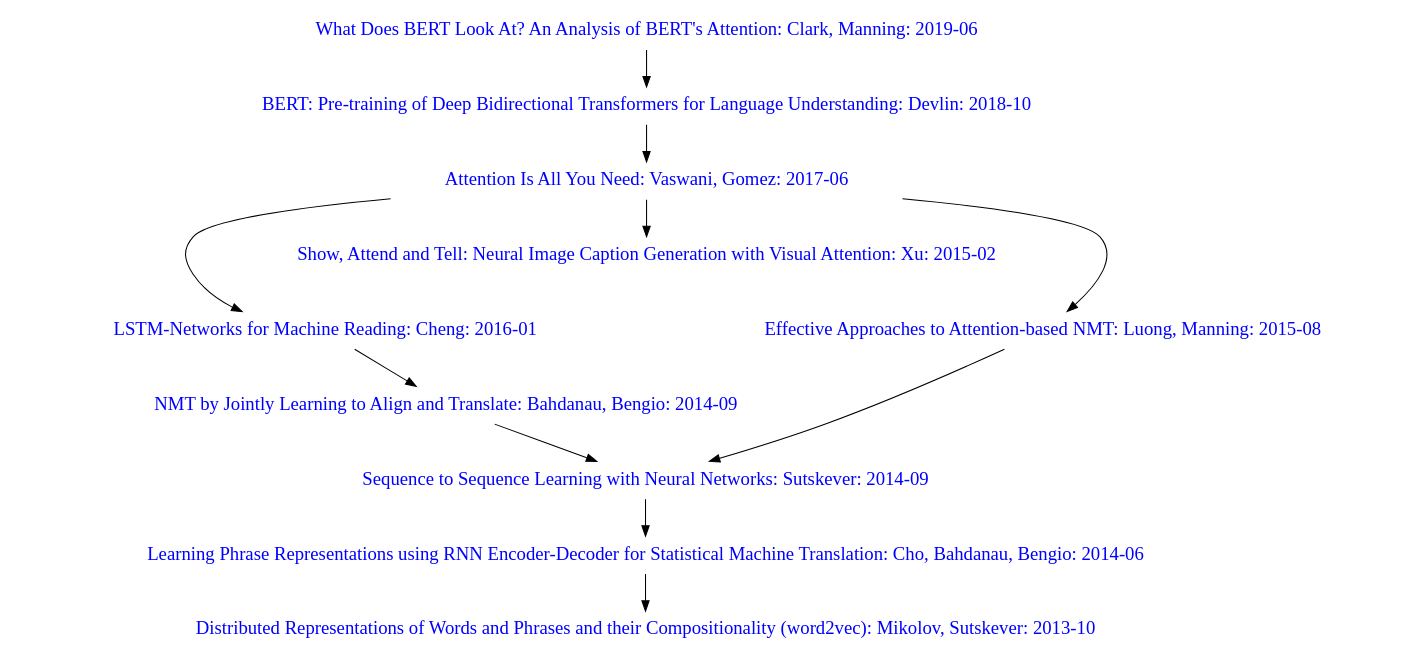
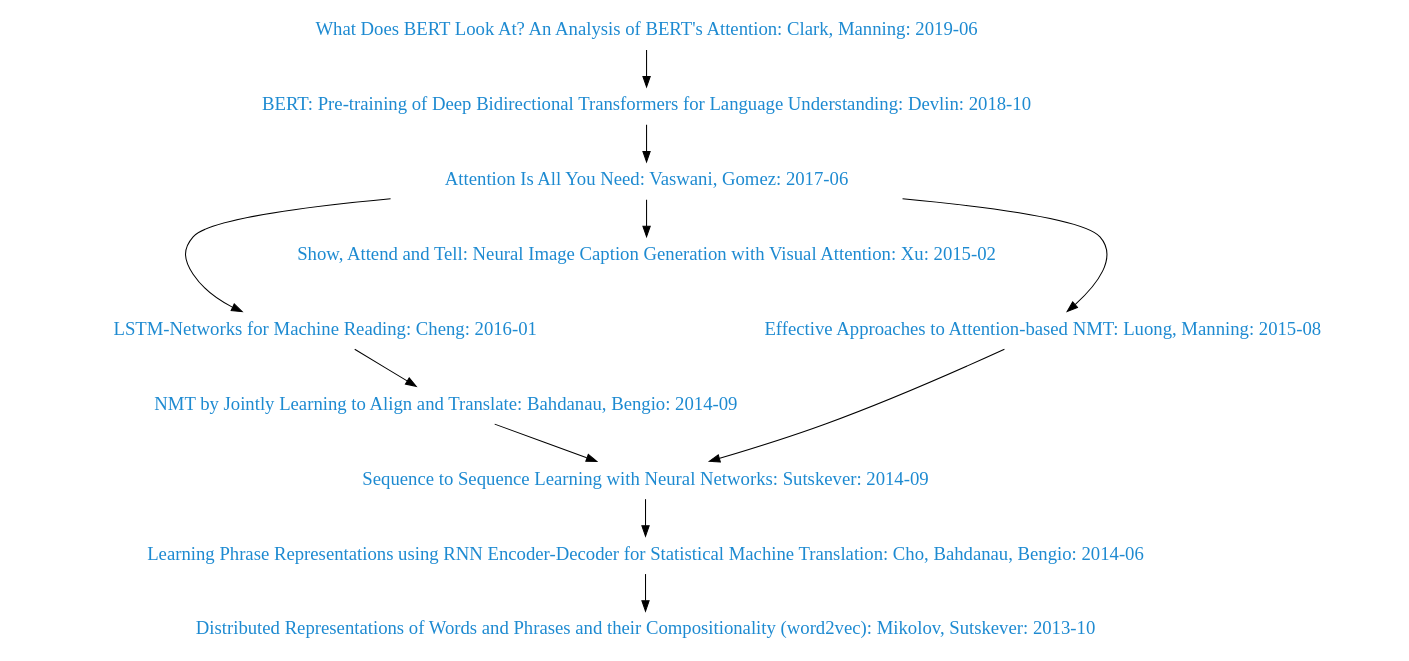
Before and after one commit to davidvandebunte/davidvandebunte.gitlab.io: the diagram in jb/tar/notes/attention-history.gv, drawn with Graphviz. The commit also changed 1 other file, not shown here.

```diff
--- a/jb/tar/notes/attention-history.gv
+++ b/jb/tar/notes/attention-history.gv
@@ -1,54 +1,55 @@
 digraph mainmap {
-  node [shape="none", fontcolor=blue, fontsize=18];
+  node [shape="none", fontcolor="#1d8ad1", fontsize=18];
   {
     clark2019 [
       label="What Does BERT Look At? An Analysis of BERT's Attention: Clark, Manning: 2019-06"
       URL="https://arxiv.org/abs/1906.04341"
     ]
     devlin2018 [
       label="BERT: Pre-training of Deep Bidirectional Transformers for Language Understanding: Devlin: 2018-10"
       URL="https://en.wikipedia.org/wiki/BERT_(language_model)"
     ]
     vaswani2017 [
       label="Attention Is All You Need: Vaswani, Gomez: 2017-06"
       URL="https://en.wikipedia.org/wiki/Transformer_(machine_learning_model)"
     ]
     cheng2016 [
       label="LSTM-Networks for Machine Reading: Cheng: 2016-01"
       URL="https://arxiv.org/abs/1601.06733"
     ]
     xu2015 [
       label="Show, Attend and Tell: Neural Image Caption Generation with Visual Attention: Xu: 2015-02"
       URL="https://arxiv.org/abs/1502.03044"
     ]
     luong2015 [
       label="Effective Approaches to Attention-based NMT: Luong, Manning: 2015-08"
       URL="https://arxiv.org/abs/1508.04025"
     ]
     bahdanau2014 [
       label="NMT by Jointly Learning to Align and Translate: Bahdanau, Bengio: 2014-09"
       URL="https://arxiv.org/abs/1409.0473"
     ]
     sutskever2014 [
       label="Sequence to Sequence Learning with Neural Networks: Sutskever: 2014-09"
       URL="https://arxiv.org/abs/1409.3215"
     ]
     cho2014 [
       label="Learning Phrase Representations using RNN Encoder-Decoder for Statistical Machine Translation: Cho, Bahdanau, Bengio: 2014-06"
       URL="https://arxiv.org/abs/1406.1078"
     ]
     mikolov2013 [
       label="Distributed Representations of Words and Phrases and their Compositionality (word2vec): Mikolov, Sutskever: 2013-10"
       URL="https://arxiv.org/abs/1310.4546"
     ]
   }
   clark2019 -> devlin2018;
   devlin2018 -> vaswani2017;
-  vaswani2017 -> {xu2015 luong2015};
+  vaswani2017 -> luong2015;
+  vaswani2017 -> xu2015;
   vaswani2017 -> cheng2016 [minlen=2];
   luong2015 -> sutskever2014;
   cheng2016 -> bahdanau2014;
   bahdanau2014 -> sutskever2014;
   sutskever2014 -> cho2014;
   cho2014 -> mikolov2013;
 }
```
